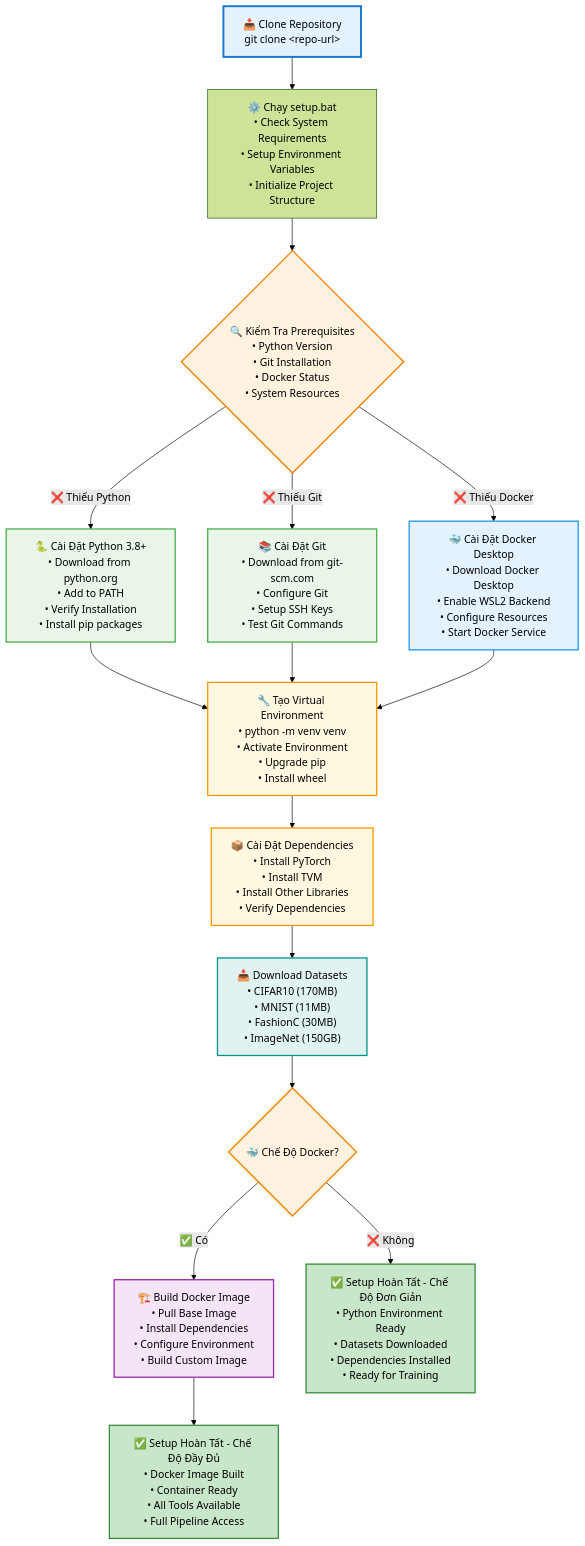
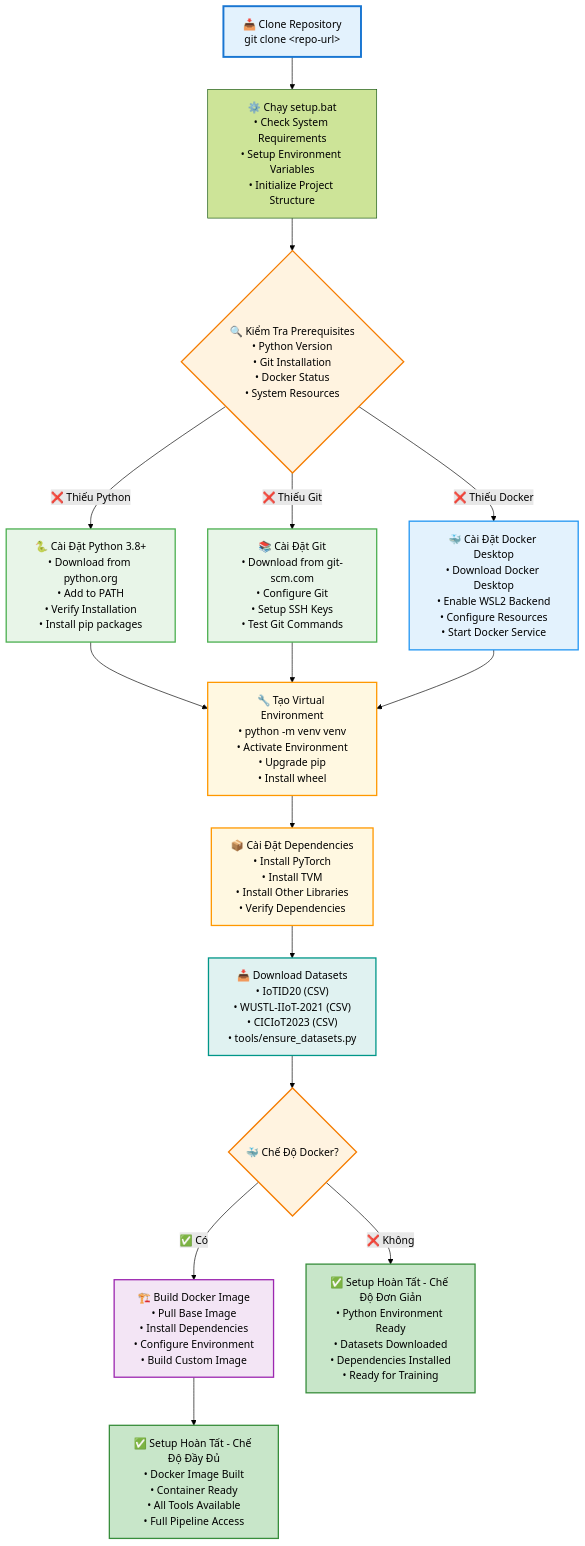
The second of 5 diagrams in FLOWCHARTS_DETAILED.md (kOpHAIvU/BitShield_Clone), drawn with Mermaid (forest theme) before and after one commit. The commit also changed other lines of this file and 12 other files, not shown here.

````diff
--- a/FLOWCHARTS_DETAILED.md
+++ b/FLOWCHARTS_DETAILED.md
@@ -56,35 +288,35 @@
 ```mermaid
 graph TD
     A["📥 Clone Repository<br/>git clone &lt;repo-url&gt;"] --> B["⚙️ Chạy setup.bat<br/>• Check System Requirements<br/>• Setup Environment Variables<br/>• Initialize Project Structure"]
     B --> C{"🔍 Kiểm Tra Prerequisites<br/>• Python Version<br/>• Git Installation<br/>• Docker Status<br/>• System Resources"}
     
     C -->|"❌ Thiếu Python"| D["🐍 Cài Đặt Python 3.8+<br/>• Download from python.org<br/>• Add to PATH<br/>• Verify Installation<br/>• Install pip packages"]
     C -->|"❌ Thiếu Git"| E["📚 Cài Đặt Git<br/>• Download from git-scm.com<br/>• Configure Git<br/>• Setup SSH Keys<br/>• Test Git Commands"]
     C -->|"❌ Thiếu Docker"| F["🐳 Cài Đặt Docker Desktop<br/>• Download Docker Desktop<br/>• Enable WSL2 Backend<br/>• Configure Resources<br/>• Start Docker Service"]
     
     D --> G["🔧 Tạo Virtual Environment<br/>• python -m venv venv<br/>• Activate Environment<br/>• Upgrade pip<br/>• Install wheel"]
     E --> G
     F --> G
     
     G --> H["📦 Cài Đặt Dependencies<br/>• Install PyTorch<br/>• Install TVM<br/>• Install Other Libraries<br/>• Verify Dependencies"]
-    H --> I["📥 Download Datasets<br/>• CIFAR10 (170MB)<br/>• MNIST (11MB)<br/>• FashionC (30MB)<br/>• ImageNet (150GB)"]
+    H --> I["📥 Download Datasets<br/>• IoTID20 (CSV)<br/>• WUSTL-IIoT-2021 (CSV)<br/>• CICIoT2023 (CSV)<br/>• tools/ensure_datasets.py"]
     
     I --> J{"🐳 Chế Độ Docker?"}
     J -->|"✅ Có"| K["🏗️ Build Docker Image<br/>• Pull Base Image<br/>• Install Dependencies<br/>• Configure Environment<br/>• Build Custom Image"]
     J -->|"❌ Không"| L["✅ Setup Hoàn Tất - Chế Độ Đơn Giản<br/>• Python Environment Ready<br/>• Datasets Downloaded<br/>• Dependencies Installed<br/>• Ready for Training"]
     
     K --> M["✅ Setup Hoàn Tất - Chế Độ Đầy Đủ<br/>• Docker Image Built<br/>• Container Ready<br/>• All Tools Available<br/>• Full Pipeline Access"]
     
     style A fill:#e3f2fd,stroke:#1976d2,stroke-width:3px
     style L fill:#c8e6c9,stroke:#388e3c,stroke-width:2px
     style M fill:#c8e6c9,stroke:#388e3c,stroke-width:2px
     style C fill:#fff3e0,stroke:#f57c00,stroke-width:2px
     style J fill:#fff3e0,stroke:#f57c00,stroke-width:2px
     style D fill:#e8f5e8,stroke:#4caf50,stroke-width:2px
     style E fill:#e8f5e8,stroke:#4caf50,stroke-width:2px
     style F fill:#e3f2fd,stroke:#2196f3,stroke-width:2px
     style G fill:#fff8e1,stroke:#ff9800,stroke-width:2px
     style H fill:#fff8e1,stroke:#ff9800,stroke-width:2px
     style I fill:#e0f2f1,stroke:#009688,stroke-width:2px
     style K fill:#f3e5f5,stroke:#9c27b0,stroke-width:2px
 ```
````
